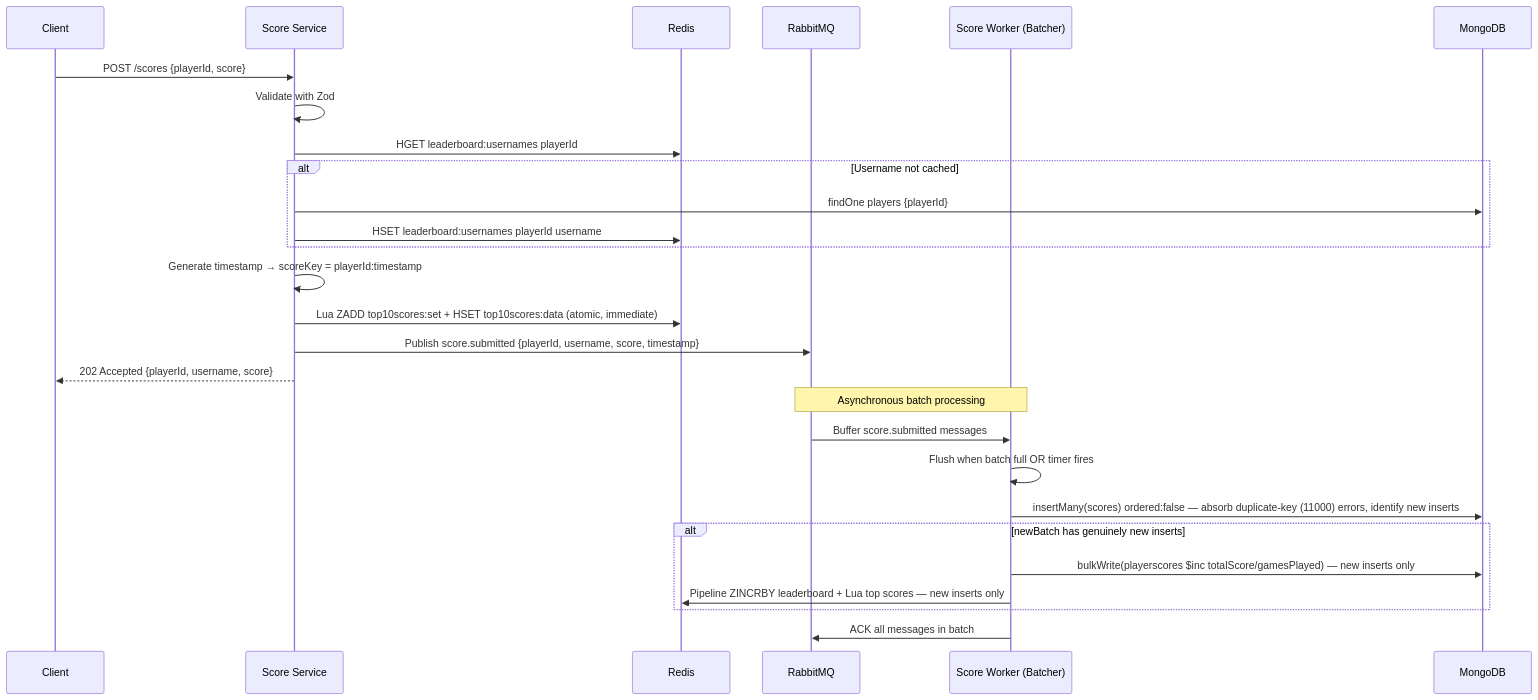
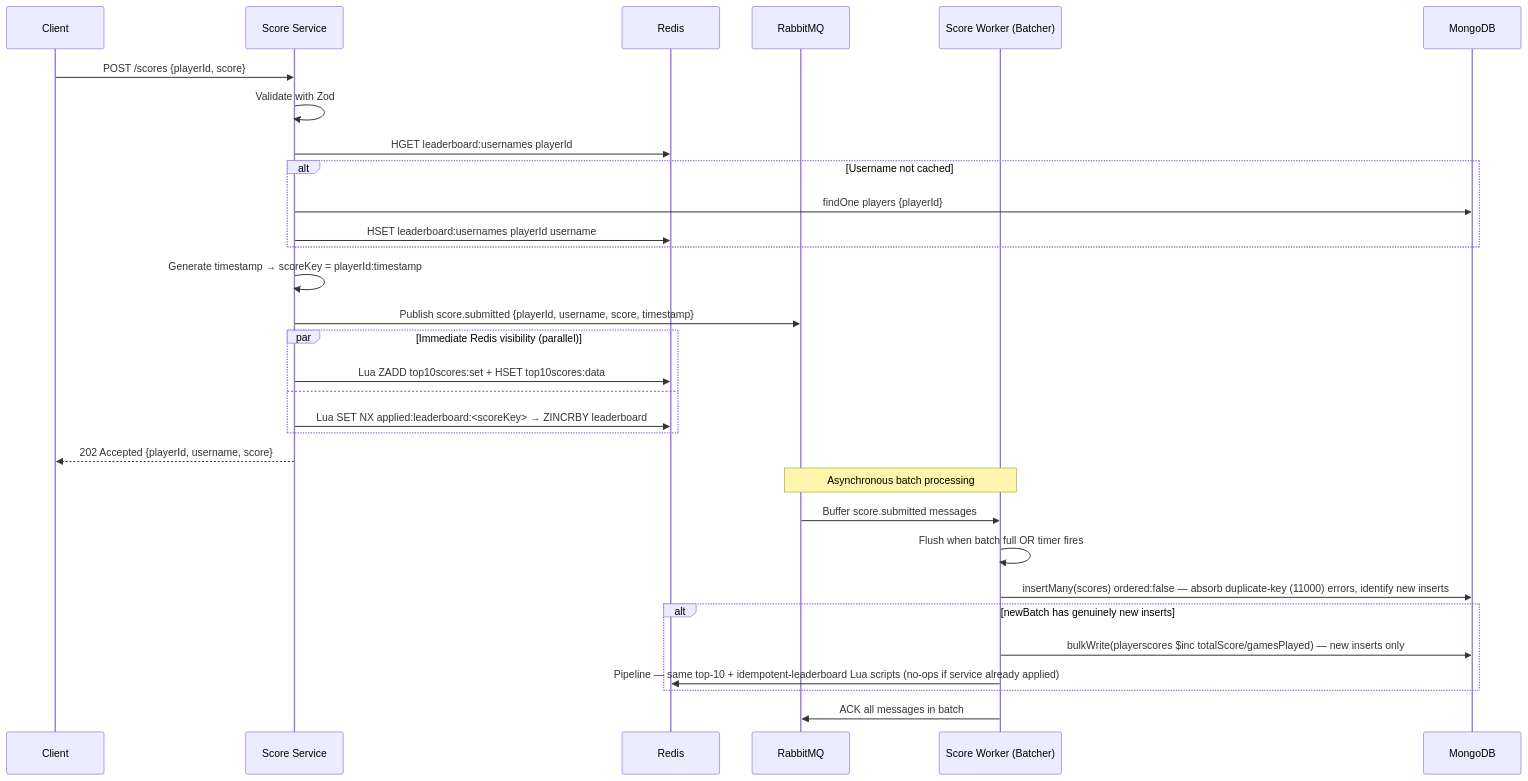
One commit to AmitOfir4/Whalo-Backend-Exam changed the second of 10 diagrams in docs/architecture.md. Above: the diagram before and after it, drawn with Mermaid. The commit also changed other lines of this file and 10 other files, not shown here.

Commit message:
fix top leaderboard update

````diff
--- a/docs/architecture.md
+++ b/docs/architecture.md
@@ -62,32 +63,36 @@
 ```mermaid
 sequenceDiagram
     participant C as Client
     participant SS as Score Service
     participant Redis as Redis
     participant RMQ as RabbitMQ
     participant SW as Score Worker (Batcher)
     participant DB as MongoDB
 
     C->>SS: POST /scores {playerId, score}
     SS->>SS: Validate with Zod
     SS->>Redis: HGET leaderboard:usernames playerId
     alt Username not cached
         SS->>DB: findOne players {playerId}
         SS->>Redis: HSET leaderboard:usernames playerId username
     end
     SS->>SS: Generate timestamp → scoreKey = playerId:timestamp
-    SS->>Redis: Lua ZADD top10scores:set + HSET top10scores:data (atomic, immediate)
     SS->>RMQ: Publish score.submitted {playerId, username, score, timestamp}
+    par Immediate Redis visibility (parallel)
+        SS->>Redis: Lua ZADD top10scores:set + HSET top10scores:data
+    and
+        SS->>Redis: Lua SET NX applied:leaderboard:<scoreKey> → ZINCRBY leaderboard
+    end
     SS-->>C: 202 Accepted {playerId, username, score}
 
     Note over RMQ,SW: Asynchronous batch processing
 
     RMQ->>SW: Buffer score.submitted messages
     SW->>SW: Flush when batch full OR timer fires
     SW->>DB: insertMany(scores) ordered:false — absorb duplicate-key (11000) errors, identify new inserts
     alt newBatch has genuinely new inserts
         SW->>DB: bulkWrite(playerscores $inc totalScore/gamesPlayed) — new inserts only
-        SW->>Redis: Pipeline ZINCRBY leaderboard + Lua top scores — new inserts only
+        SW->>Redis: Pipeline — same top-10 + idempotent-leaderboard Lua scripts (no-ops if service already applied)
     end
     SW->>RMQ: ACK all messages in batch
 ```
````
